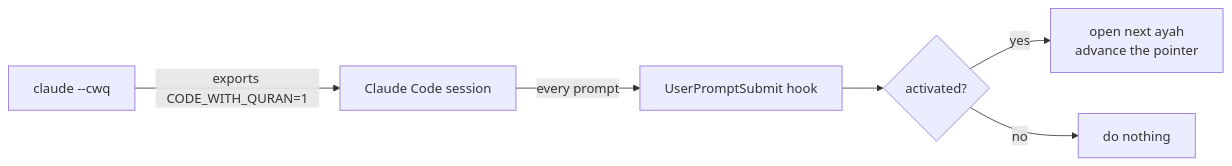
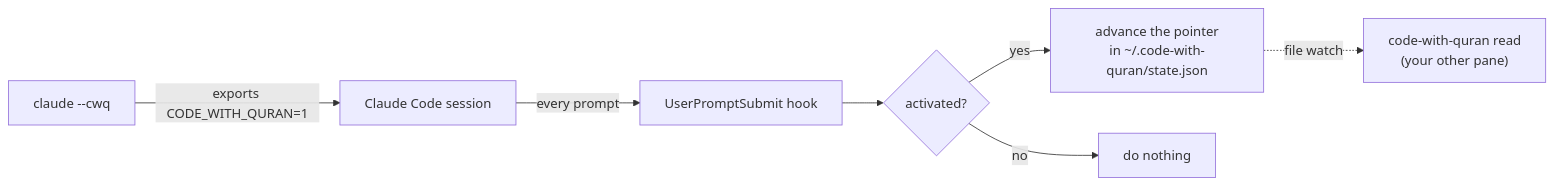
Before and after one commit to bahni-m/code-with-quran: the diagram in README.md, drawn with Mermaid. The commit also changed other lines of this file and 12 other files, not shown here.

````diff
--- a/README.md
+++ b/README.md
@@ -64,8 +71,9 @@
 ```mermaid
 flowchart LR
     A["claude --cwq"] -->|exports CODE_WITH_QURAN=1| B[Claude Code session]
     B -->|every prompt| C[UserPromptSubmit hook]
     C --> D{activated?}
-    D -->|yes| E[open next ayah<br/>advance the pointer]
+    D -->|yes| E[advance the pointer<br/>in ~/.code-with-quran/state.json]
     D -->|no| F[do nothing]
+    E -.->|file watch| G["code-with-quran read<br/>(your other pane)"]
 ```
````
